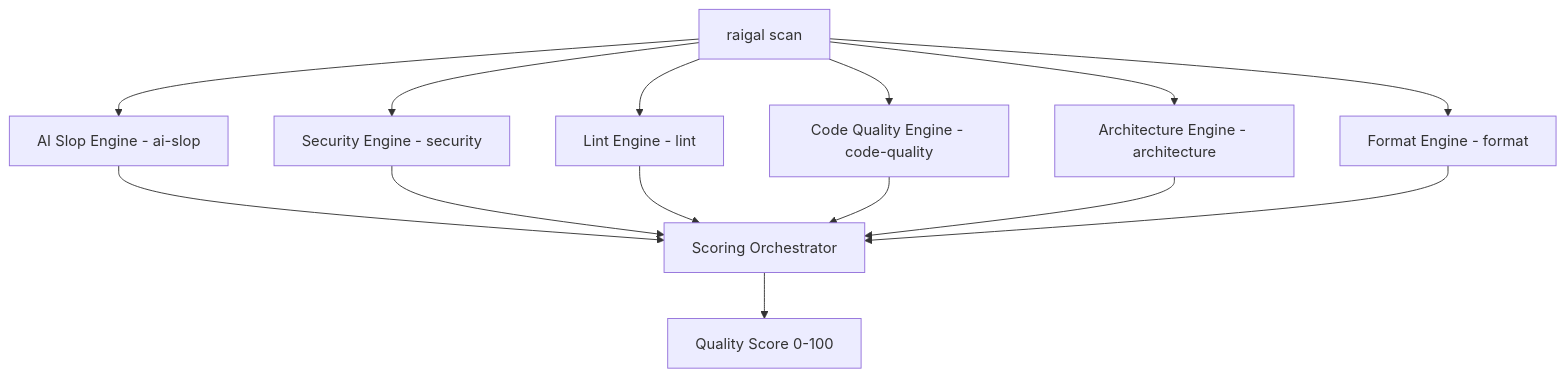
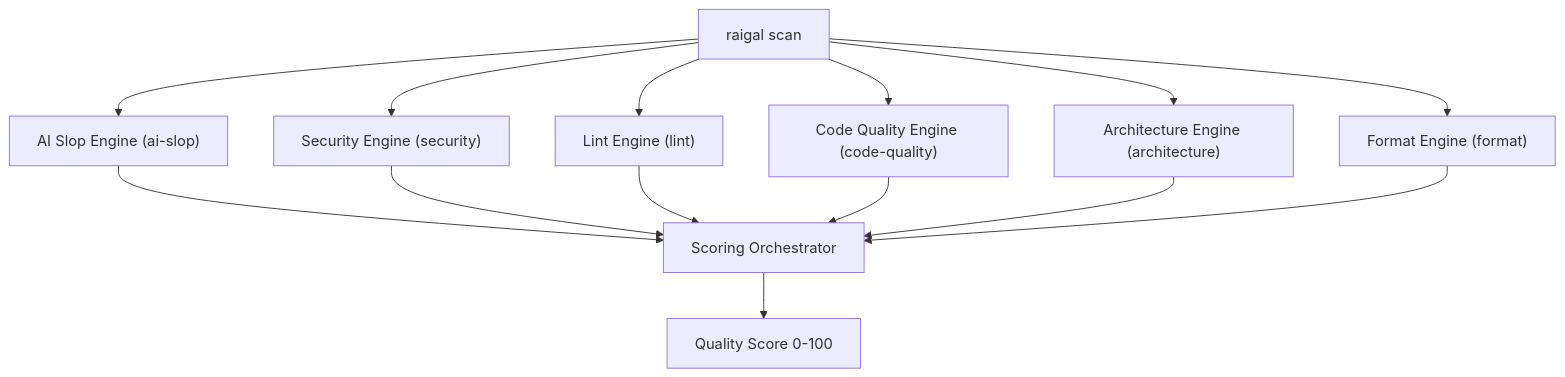
Before and after one commit to meethiu/raigal-docs: the diagram in english/documentation/core-concepts/rules.md, drawn with Mermaid. The commit also changed other lines of this file and 30 other files, not shown here.

````diff
--- a/english/documentation/core-concepts/rules.md
+++ b/english/documentation/core-concepts/rules.md
@@ -10,16 +10,16 @@
 ```mermaid
 graph TD
-    A[raigal scan] --> B[AI Slop Engine - ai-slop]
-    A --> C[Security Engine - security]
-    A --> D[Lint Engine - lint]
-    A --> E[Code Quality Engine - code-quality]
-    A --> F[Architecture Engine - architecture]
-    A --> G[Format Engine - format]
+    A[raigal scan] --> B["AI Slop Engine (ai-slop)"]
+    A --> C["Security Engine (security)"]
+    A --> D["Lint Engine (lint)"]
+    A --> E["Code Quality Engine (code-quality)"]
+    A --> F["Architecture Engine (architecture)"]
+    A --> G["Format Engine (format)"]
     B --> H[Scoring Orchestrator]
     C --> H
     D --> H
     E --> H
     F --> H
     G --> H
     H --> I[Quality Score 0-100]
 ```
````
